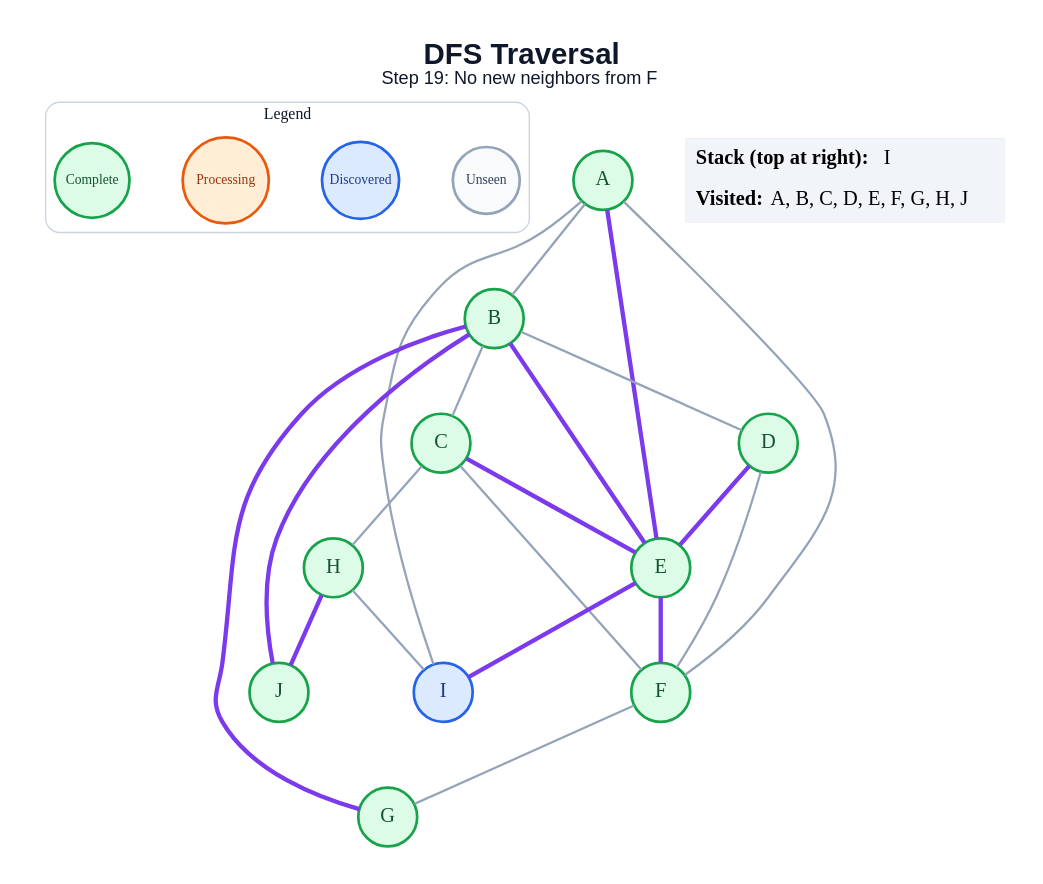
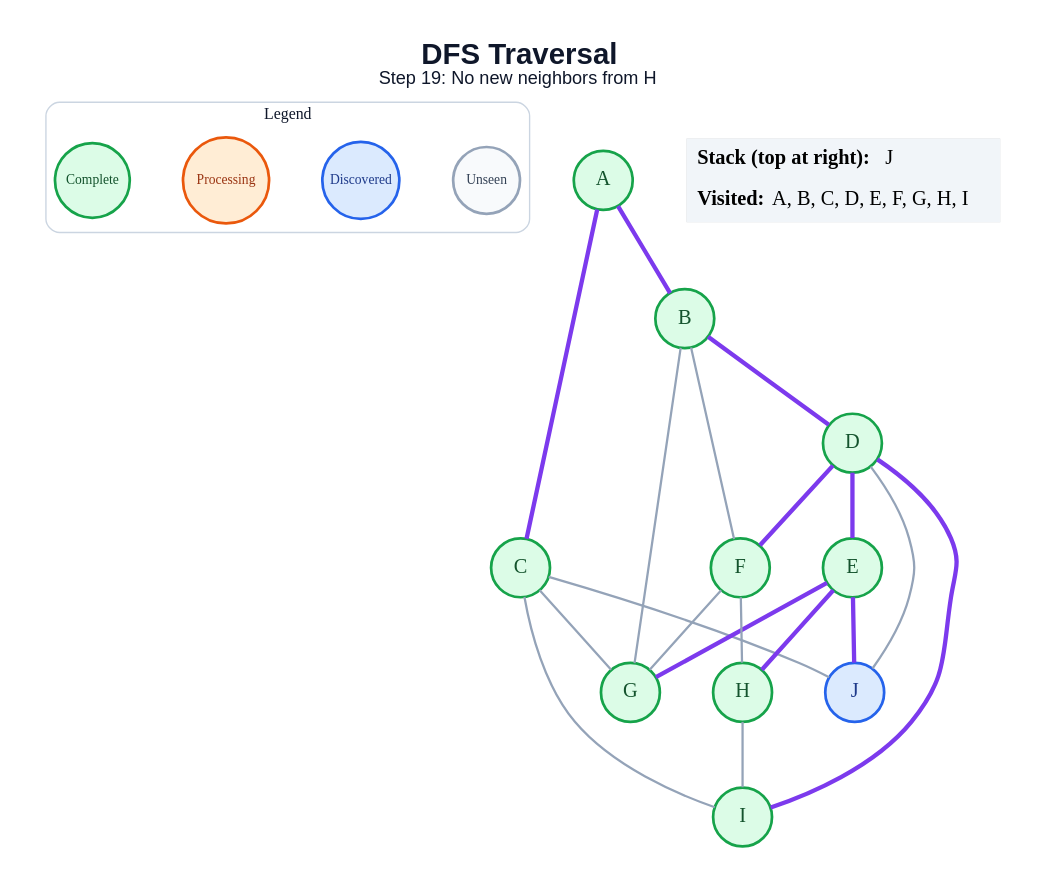
One commit to amanghodawala9/ai-slop changed the diagram in generated/specific-node/dfs/step_19.dot. Above: the diagram before and after it, drawn with Graphviz. The commit also changed 178 other files, not shown here.

```diff
--- a/generated/specific-node/dfs/step_19.dot
+++ b/generated/specific-node/dfs/step_19.dot
@@ -1,48 +1,47 @@
 graph traversal {
   graph [layout=dot, rankdir=TB, bgcolor="#FFFFFF", pad="0.35", nodesep="0.65", ranksep="0.8", fontname="Arial"];
   node [shape=circle, style="filled", fontname="Arial Bold", fontsize=18, width=0.72, fixedsize=true, penwidth=2.4];
   edge [color="#94A3B8", penwidth=2.0];
-  label=<<B>DFS Traversal</B><BR/><FONT POINT-SIZE="16">Step 19: No new neighbors from F</FONT>>; labelloc="t"; fontsize=26; fontname="Arial"; fontcolor="#0F172A";
+  label=<<B>DFS Traversal</B><BR/><FONT POINT-SIZE="16">Step 19: No new neighbors from H</FONT>>; labelloc="t"; fontsize=26; fontname="Arial"; fontcolor="#0F172A";
   subgraph cluster_legend { label="Legend"; color="#CBD5E1"; penwidth=1.2; style="rounded"; fontsize=14; fontname="Arial Bold";
     key_unseen [label="Unseen", fillcolor="#F8FAFC", color="#94A3B8", fontcolor="#334155", fontsize=12, width=0.82];
     key_frontier [label="Discovered", fillcolor="#DBEAFE", color="#2563EB", fontcolor="#1E3A8A", fontsize=12, width=0.95];
     key_current [label="Processing", fillcolor="#FFEDD5", color="#EA580C", fontcolor="#9A3412", fontsize=12, width=1.05];
     key_done [label="Complete", fillcolor="#DCFCE7", color="#16A34A", fontcolor="#14532D", fontsize=12, width=0.92];
     { rank=same; key_unseen; key_frontier; key_current; key_done; }
   }
   A [fillcolor="#DCFCE7", color="#16A34A", fontcolor="#14532D"];
   B [fillcolor="#DCFCE7", color="#16A34A", fontcolor="#14532D"];
   C [fillcolor="#DCFCE7", color="#16A34A", fontcolor="#14532D"];
   D [fillcolor="#DCFCE7", color="#16A34A", fontcolor="#14532D"];
   E [fillcolor="#DCFCE7", color="#16A34A", fontcolor="#14532D"];
   F [fillcolor="#DCFCE7", color="#16A34A", fontcolor="#14532D"];
   G [fillcolor="#DCFCE7", color="#16A34A", fontcolor="#14532D"];
   H [fillcolor="#DCFCE7", color="#16A34A", fontcolor="#14532D"];
-  I [fillcolor="#DBEAFE", color="#2563EB", fontcolor="#1E3A8A"];
-  J [fillcolor="#DCFCE7", color="#16A34A", fontcolor="#14532D"];
-  A -- B;
-  A -- E [color="#7C3AED", penwidth=3.8];
-  A -- F;
-  A -- I;
-  B -- C;
-  B -- D;
-  B -- E [color="#7C3AED", penwidth=3.8];
-  B -- G [color="#7C3AED", penwidth=3.8];
-  B -- J [color="#7C3AED", penwidth=3.8];
-  C -- E [color="#7C3AED", penwidth=3.8];
-  C -- F;
-  C -- H;
+  I [fillcolor="#DCFCE7", color="#16A34A", fontcolor="#14532D"];
+  J [fillcolor="#DBEAFE", color="#2563EB", fontcolor="#1E3A8A"];
+  A -- B [color="#7C3AED", penwidth=3.8];
+  A -- C [color="#7C3AED", penwidth=3.8];
+  B -- D [color="#7C3AED", penwidth=3.8];
+  B -- F;
+  B -- G;
+  C -- G;
+  C -- I;
+  C -- J;
   D -- E [color="#7C3AED", penwidth=3.8];
-  D -- F;
-  E -- F [color="#7C3AED", penwidth=3.8];
-  E -- I [color="#7C3AED", penwidth=3.8];
+  D -- F [color="#7C3AED", penwidth=3.8];
+  D -- I [color="#7C3AED", penwidth=3.8];
+  D -- J;
+  E -- G [color="#7C3AED", penwidth=3.8];
+  E -- H [color="#7C3AED", penwidth=3.8];
+  E -- J [color="#7C3AED", penwidth=3.8];
   F -- G;
+  F -- H;
   H -- I;
-  H -- J [color="#7C3AED", penwidth=3.8];
   status [shape=plain, fixedsize=false, width=0, height=0, margin=0, label=<
     <TABLE BORDER="0" CELLBORDER="0" CELLPADDING="7" BGCOLOR="#F1F5F9">
-      <TR><TD ALIGN="LEFT"><B>Stack (top at right):</B> I</TD></TR>
-      <TR><TD ALIGN="LEFT"><B>Visited:</B> A, B, C, D, E, F, G, H, J</TD></TR>
+      <TR><TD ALIGN="LEFT"><B>Stack (top at right):</B> J</TD></TR>
+      <TR><TD ALIGN="LEFT"><B>Visited:</B> A, B, C, D, E, F, G, H, I</TD></TR>
     </TABLE>
   >];
 }
```
